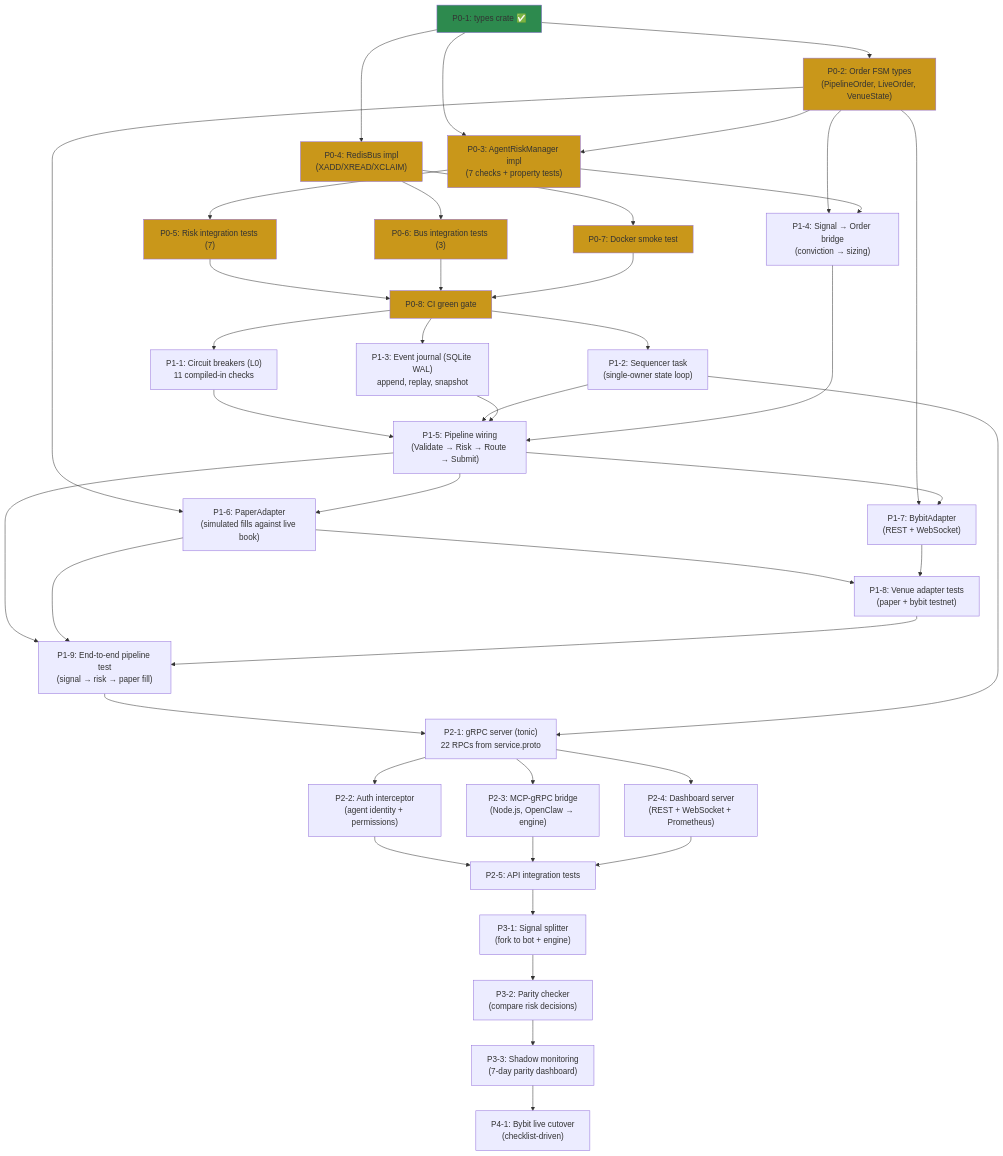
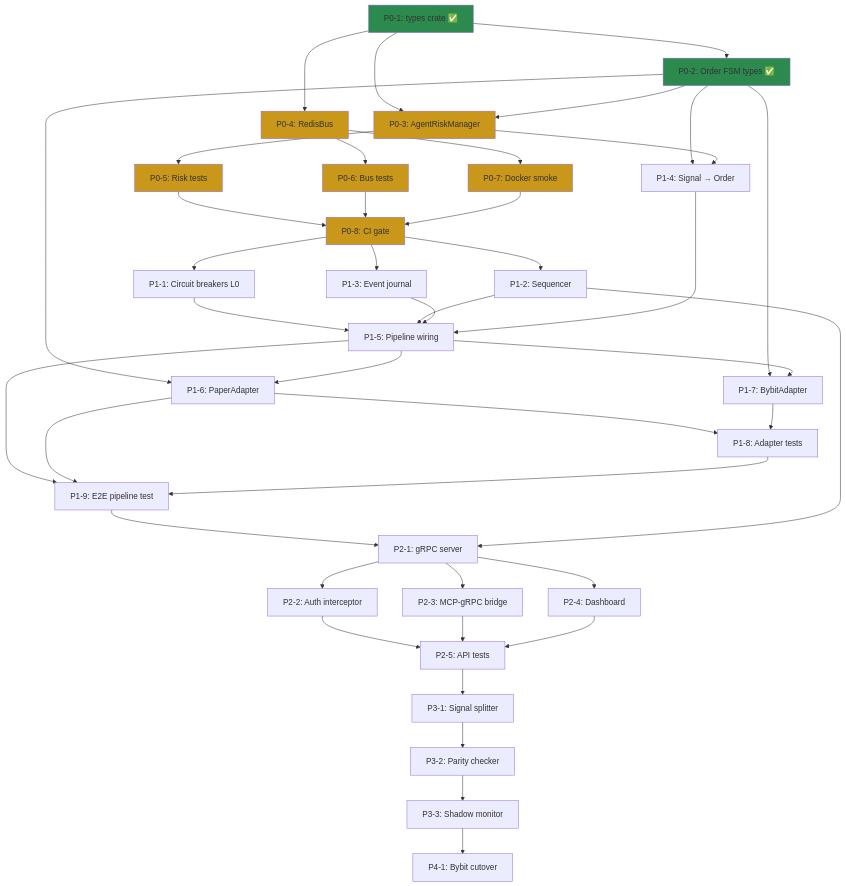
Before and after one commit to investlink-ai/feynman-engine: the diagram in docs/ROADMAP.md, drawn with Mermaid. The commit also changed other lines of this file and 6 other files, not shown here.

Commit message:
Refresh docs for pipeline order model

````diff
--- a/docs/ROADMAP.md
+++ b/docs/ROADMAP.md
@@ -31,14 +32,14 @@
 ```mermaid
 graph TD
     %% ── Phase 0: Foundation ──
-    P0_TYPES["P0-1: types crate ✅"]
-    P0_ORDER_TYPES["P0-2: Order FSM types<br/>(PipelineOrder, LiveOrder, VenueState)"]
-    P0_RISK_IMPL["P0-3: AgentRiskManager impl<br/>(7 checks + property tests)"]
-    P0_BUS_IMPL["P0-4: RedisBus impl<br/>(XADD/XREAD/XCLAIM)"]
-    P0_RISK_TESTS["P0-5: Risk integration tests (7)"]
-    P0_BUS_TESTS["P0-6: Bus integration tests (3)"]
-    P0_DOCKER["P0-7: Docker smoke test"]
-    P0_CI["P0-8: CI green gate"]
+    P0_TYPES[P0-1: types crate ✅]
+    P0_ORDER_TYPES[P0-2: Order FSM types ✅]
+    P0_RISK_IMPL[P0-3: AgentRiskManager]
+    P0_BUS_IMPL[P0-4: RedisBus]
+    P0_RISK_TESTS[P0-5: Risk tests]
+    P0_BUS_TESTS[P0-6: Bus tests]
+    P0_DOCKER[P0-7: Docker smoke]
+    P0_CI[P0-8: CI gate]
 
     P0_TYPES --> P0_ORDER_TYPES
     P0_TYPES --> P0_RISK_IMPL
@@ -52,11 +53,11 @@
     P0_DOCKER --> P0_CI
 
     %% ── Phase 1A: Core Pipeline ──
-    P1_CB["P1-1: Circuit breakers (L0)<br/>11 compiled-in checks"]
-    P1_SEQUENCER["P1-2: Sequencer task<br/>(single-owner state loop)"]
-    P1_JOURNAL["P1-3: Event journal (SQLite WAL)<br/>append, replay, snapshot"]
-    P1_BRIDGE["P1-4: Signal → Order bridge<br/>(conviction → sizing)"]
-    P1_PIPELINE["P1-5: Pipeline wiring<br/>(Validate → Risk → Route → Submit)"]
+    P1_CB[P1-1: Circuit breakers L0]
+    P1_SEQUENCER[P1-2: Sequencer]
+    P1_JOURNAL[P1-3: Event journal]
+    P1_BRIDGE[P1-4: Signal → Order]
+    P1_PIPELINE[P1-5: Pipeline wiring]
 
     P0_CI --> P1_CB
     P0_CI --> P1_SEQUENCER
@@ -69,9 +70,9 @@
     P1_BRIDGE --> P1_PIPELINE
 
     %% ── Phase 1B: Venue Adapters ──
-    P1_PAPER["P1-6: PaperAdapter<br/>(simulated fills against live book)"]
-    P1_BYBIT["P1-7: BybitAdapter<br/>(REST + WebSocket)"]
-    P1_VENUE_TESTS["P1-8: Venue adapter tests<br/>(paper + bybit testnet)"]
+    P1_PAPER[P1-6: PaperAdapter]
+    P1_BYBIT[P1-7: BybitAdapter]
+    P1_VENUE_TESTS[P1-8: Adapter tests]
 
     P0_ORDER_TYPES --> P1_PAPER
     P0_ORDER_TYPES --> P1_BYBIT
@@ -81,18 +82,18 @@
     P1_BYBIT --> P1_VENUE_TESTS
 
     %% ── Phase 1C: Integration ──
-    P1_E2E["P1-9: End-to-end pipeline test<br/>(signal → risk → paper fill)"]
+    P1_E2E[P1-9: E2E pipeline test]
 
     P1_PIPELINE --> P1_E2E
     P1_PAPER --> P1_E2E
     P1_VENUE_TESTS --> P1_E2E
 
     %% ── Phase 2: API Surface ──
-    P2_GRPC["P2-1: gRPC server (tonic)<br/>22 RPCs from service.proto"]
-    P2_AUTH["P2-2: Auth interceptor<br/>(agent identity + permissions)"]
-    P2_BRIDGE_MCP["P2-3: MCP-gRPC bridge<br/>(Node.js, OpenClaw → engine)"]
-    P2_DASH["P2-4: Dashboard server<br/>(REST + WebSocket + Prometheus)"]
-    P2_API_TESTS["P2-5: API integration tests"]
+    P2_GRPC[P2-1: gRPC server]
+    P2_AUTH[P2-2: Auth interceptor]
+    P2_BRIDGE_MCP[P2-3: MCP-gRPC bridge]
+    P2_DASH[P2-4: Dashboard]
+    P2_API_TESTS[P2-5: API tests]
 
     P1_E2E --> P2_GRPC
     P1_SEQUENCER --> P2_GRPC
@@ -104,22 +105,22 @@
     P2_DASH --> P2_API_TESTS
 
     %% ── Phase 3: Shadow Mode ──
-    P3_SPLITTER["P3-1: Signal splitter<br/>(fork to bot + engine)"]
-    P3_PARITY["P3-2: Parity checker<br/>(compare risk decisions)"]
-    P3_MONITOR["P3-3: Shadow monitoring<br/>(7-day parity dashboard)"]
+    P3_SPLITTER[P3-1: Signal splitter]
+    P3_PARITY[P3-2: Parity checker]
+    P3_MONITOR[P3-3: Shadow monitor]
 
     P2_API_TESTS --> P3_SPLITTER
     P3_SPLITTER --> P3_PARITY
     P3_PARITY --> P3_MONITOR
 
     %% ── Phase 4: Cutover ──
-    P4_CUT["P4-1: Bybit live cutover<br/>(checklist-driven)"]
+    P4_CUT[P4-1: Bybit cutover]
 
     P3_MONITOR --> P4_CUT
 
     %% ── Styling ──
     style P0_TYPES fill:#2d8a4e
-    style P0_ORDER_TYPES fill:#c9971a
+    style P0_ORDER_TYPES fill:#2d8a4e
     style P0_RISK_IMPL fill:#c9971a
     style P0_BUS_IMPL fill:#c9971a
     style P0_RISK_TESTS fill:#c9971a
````
